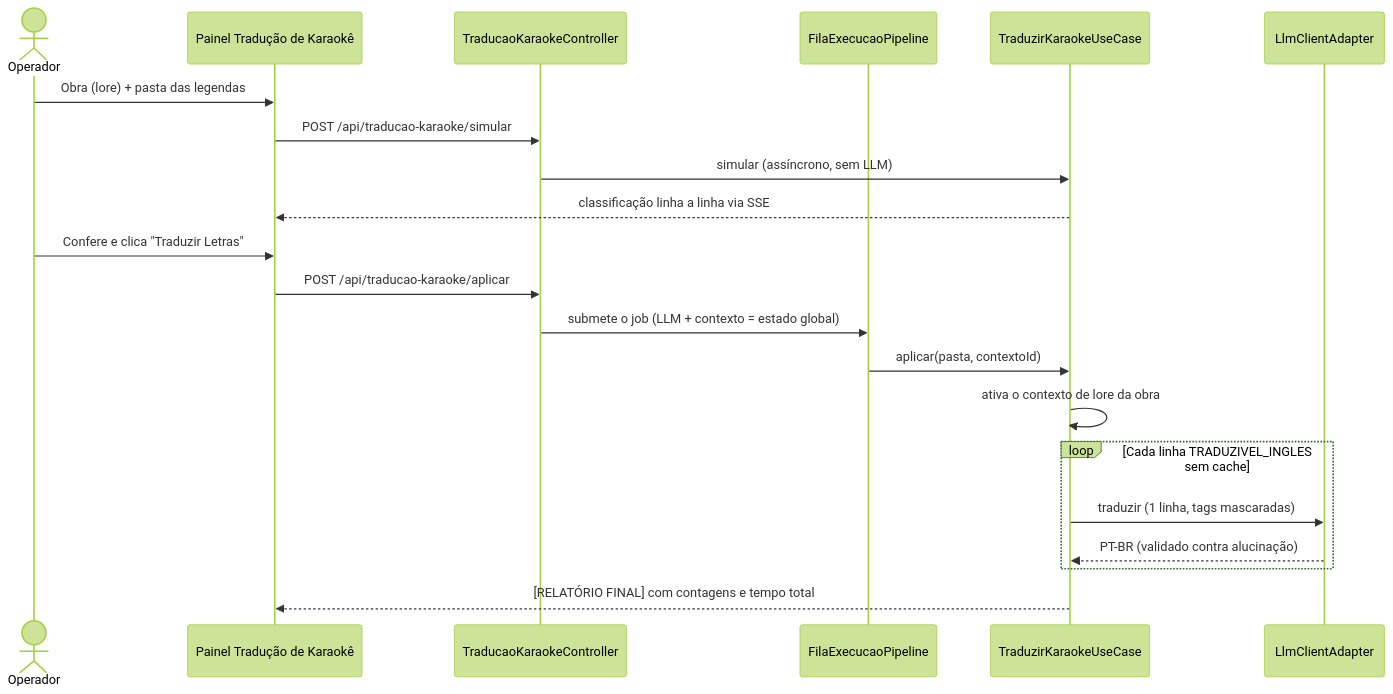
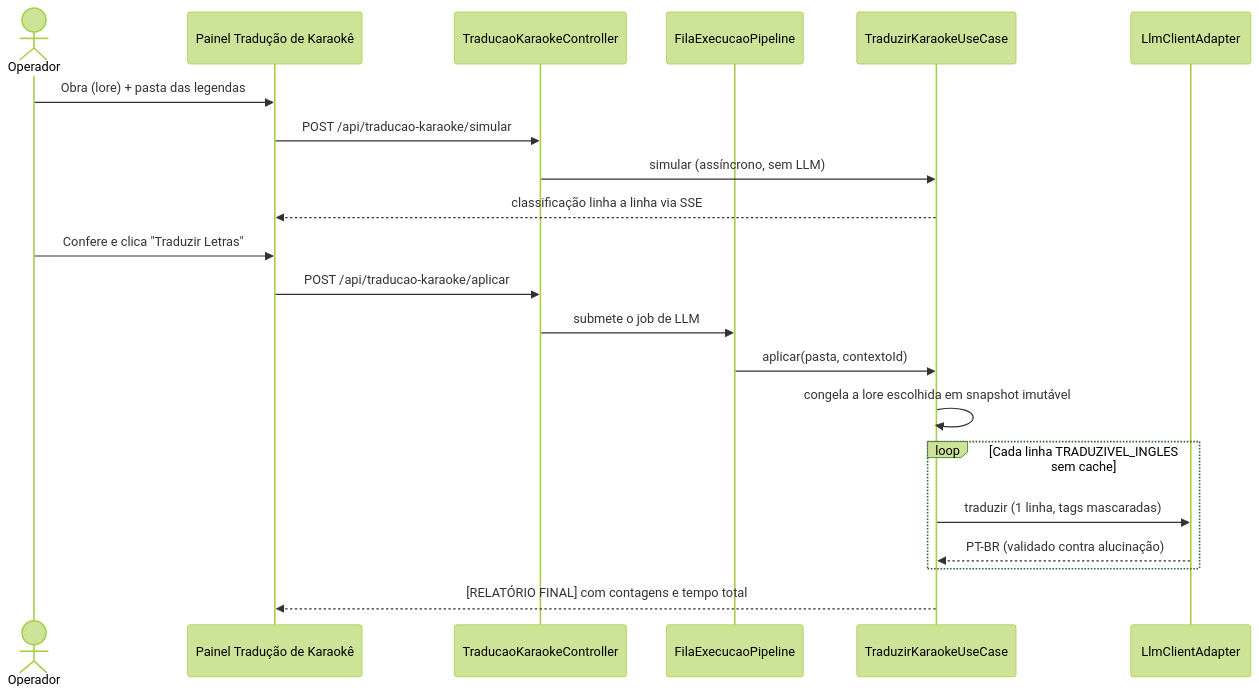
One commit to carmipa/traducao_animes_llm_local_quarkus-1 changed the second of 2 diagrams in docs/etapa-4.1-traducao-karaoke.md. Above: the diagram before and after it, drawn with Mermaid (forest theme). The commit also changed other lines of this file and 28 other files, not shown here.

First line of the commit message:
feat: add tests for IsoladorQuebraDialogo and integrate into existing architecture

````diff
--- a/docs/etapa-4.1-traducao-karaoke.md
+++ b/docs/etapa-4.1-traducao-karaoke.md
@@ -65,25 +65,25 @@
 ```mermaid
 sequenceDiagram
     actor Op as Operador
     participant UI as Painel Tradução de Karaokê
     participant API as TraducaoKaraokeController
     participant Fila as FilaExecucaoPipeline
     participant UC as TraduzirKaraokeUseCase
     participant LLM as LlmClientAdapter
 
     Op->>UI: Obra (lore) + pasta das legendas
     UI->>API: POST /api/traducao-karaoke/simular
     API->>UC: simular (assíncrono, sem LLM)
     UC-->>UI: classificação linha a linha via SSE
 
     Op->>UI: Confere e clica "Traduzir Letras"
     UI->>API: POST /api/traducao-karaoke/aplicar
-    API->>Fila: submete o job (LLM + contexto = estado global)
+    API->>Fila: submete o job de LLM
     Fila->>UC: aplicar(pasta, contextoId)
-    UC->>UC: ativa o contexto de lore da obra
+    UC->>UC: congela a lore escolhida em snapshot imutável
     loop Cada linha TRADUZIVEL_INGLES sem cache
         UC->>LLM: traduzir (1 linha, tags mascaradas)
         LLM-->>UC: PT-BR (validado contra alucinação)
     end
     UC-->>UI: [RELATÓRIO FINAL] com contagens e tempo total
 ```
````
